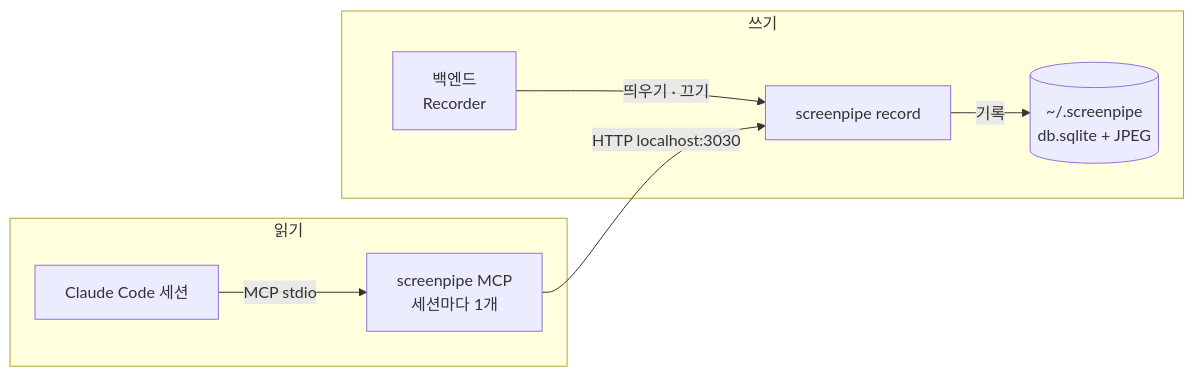
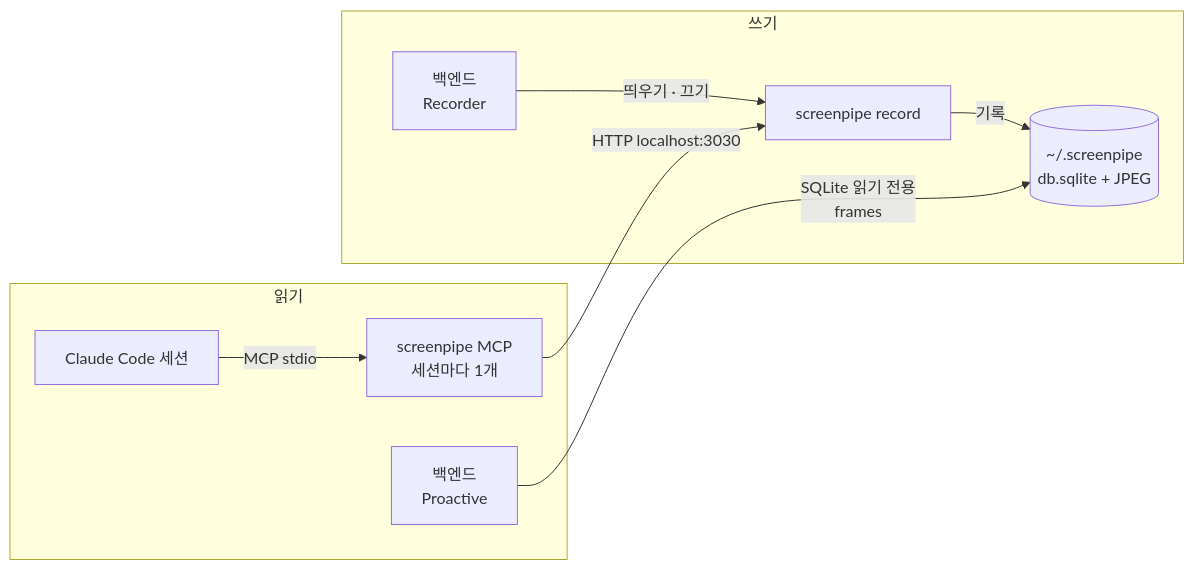
Diagram 17 of 21 in ARCHITECTURE.md (HEOSEONGILml/AssistantChatBot), drawn with Mermaid before and after one commit. The commit also changed other lines of this file and 11 other files, not shown here.

````diff
--- a/ARCHITECTURE.md
+++ b/ARCHITECTURE.md
@@ -584,11 +649,12 @@
 ```mermaid
 flowchart LR
   subgraph W["쓰기"]
     BE["백엔드<br>Recorder"] -->|"띄우기 · 끄기"| REC["screenpipe record"]
     REC -->|"기록"| DB[("~/.screenpipe<br>db.sqlite + JPEG")]
   end
   subgraph R["읽기"]
     CC["Claude Code 세션"] -->|"MCP stdio"| MCP["screenpipe MCP<br>세션마다 1개"]
     MCP -->|"HTTP localhost:3030"| REC
+    PRO["백엔드<br>Proactive"] -->|"SQLite 읽기 전용<br>frames"| DB
   end
 ```
````
